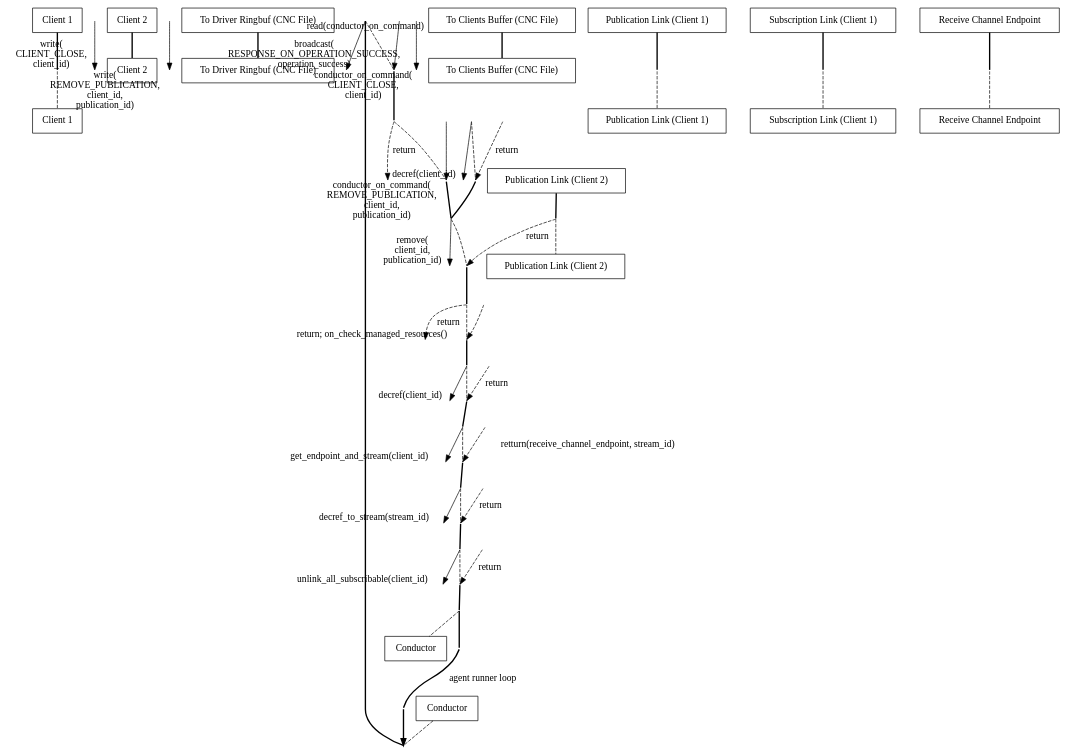
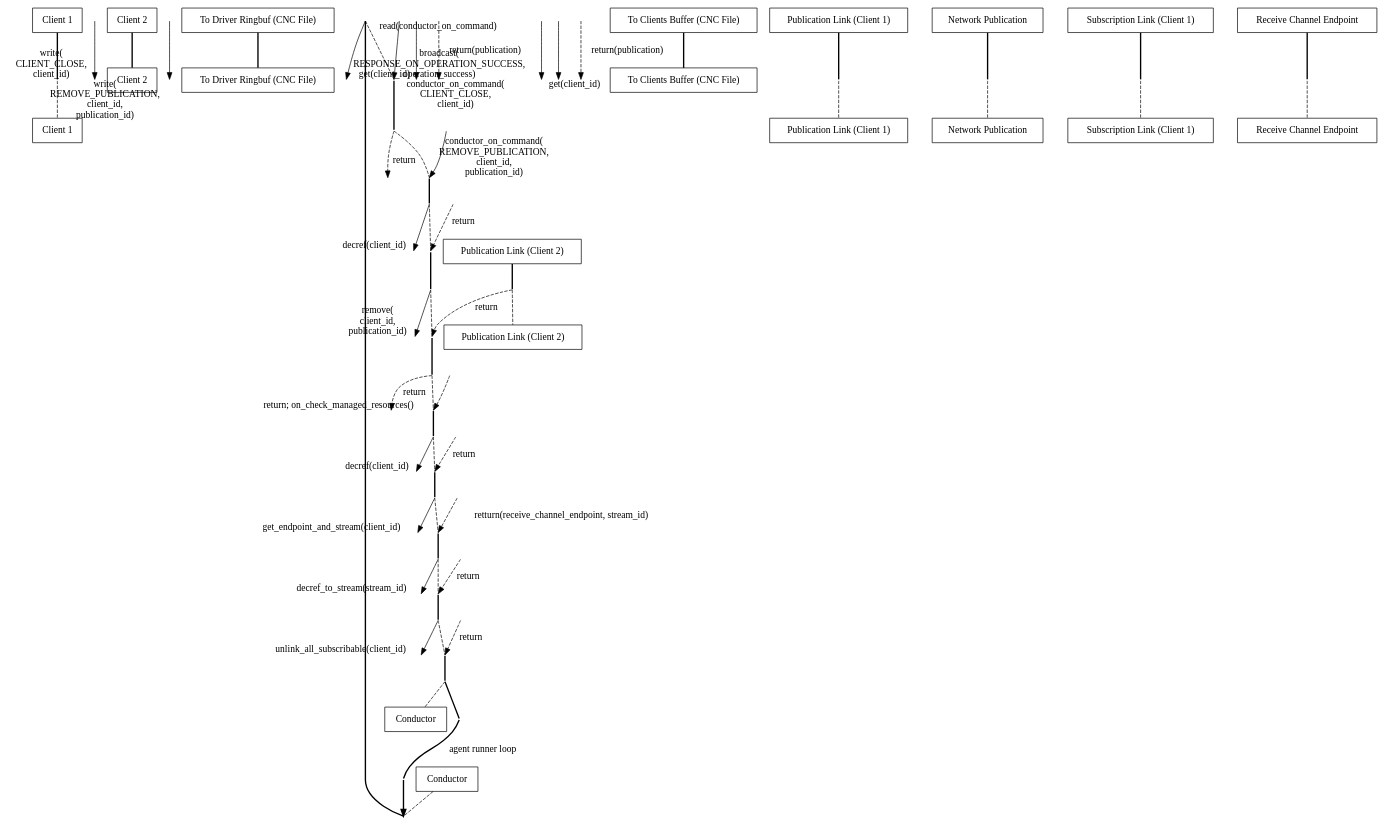
Before and after one commit to khklau/aeron-dpdk-driver: the diagram in doc/remove_publication.dot, drawn with Graphviz.

Commit message:
it's the references to the network publication that are being decremented, not the publication links

```diff
--- a/doc/remove_publication.dot
+++ b/doc/remove_publication.dot
@@ -4,10 +4,10 @@
   client1__head [ label="Client 1" pos="0,0!" shape="record" ];
   client1__write_close [ pos="0,-1!" shape="point" width="0" ]
   client1__destroy [ pos="0,-2!" shape="point" width="0" ]
-  client1__foot [ label="Client 1" pos="0,-27!" shape="record" ];
+  client1__foot [ label="Client 1" pos="0,-31!" shape="record" ];
   client2__head [ label="Client 2" pos="3,0!" shape="record" ];
   client2__write_remove [ pos="3,-2!" shape="point" width="0" ]
-  client2__foot [ label="Client 2" pos="3,-27!" shape="record" ];
+  client2__foot [ label="Client 2" pos="3,-31!" shape="record" ];
   to_driver_ringbuf__head [ label="To Driver Ringbuf (CNC File)" pos="6,0!" shape="record" ];
   on_driver_ringbuf__write_close [ pos="6,-1!" shape="point" width="0" ]
   on_driver_ringbuf__write_remove [ pos="6,-2!" shape="point" width="0" ]
@@ -15,9 +15,9 @@
   to_driver_ringbuf__on_cmd_close [ pos="6,-4!" shape="point" width="0" ]
   to_driver_ringbuf__ret_on_cmd_close [ pos="6,-5!" shape="point" width="0" ]
   to_driver_ringbuf__on_cmd_remove [ pos="6,-6!" shape="point" width="0" ]
-  to_driver_ringbuf__ret_on_cmd_remove [ pos="6,-12!" shape="point" width="0" ]
-  to_driver_ringbuf__ret_read [ pos="6,-13!" shape="point" width="0" ]
-  to_driver_ringbuf__foot [ label="To Driver Ringbuf (CNC File)" pos="6,-27!" shape="record" ];
+  to_driver_ringbuf__ret_on_cmd_remove [ pos="6,-14!" shape="point" width="0" ]
+  to_driver_ringbuf__ret_read [ pos="6,-15!" shape="point" width="0" ]
+  to_driver_ringbuf__foot [ label="To Driver Ringbuf (CNC File)" pos="6,-31!" shape="record" ];
   conductor__head [ label="Conductor" pos="9,0!" shape="record" ];
   conductor__loop_begin [ pos="9,-1!" shape="point" width="0" ];
   conductor__ret_loop_begin [ pos="9.5,-1!" shape="point" width="0" ];
@@ -25,53 +25,65 @@
   conductor__on_cmd_close [ pos="9,-4!" shape="point" width="0" ]
   conductor__ret_on_cmd_close [ pos="9,-5!" shape="point" width="0" ]
   conductor__on_cmd_remove [ pos="9,-6!" shape="point" width="0" ]
-  conductor__decref2 [ pos="9,-7!" shape="point" width="0" ]
-  conductor__ret_decref2 [ pos="9,-8!" shape="point" width="0" ]
-  conductor__remove [ pos="9,-9!" shape="point" width="0" ]
-  conductor__ret_remove [ pos="9,-10!" shape="point" width="0" ]
-  conductor__broadcast [ pos="9,-11!" shape="point" width="0" ]
-  conductor__ret_on_cmd_remove [ pos="9,-12!" shape="point" width="0" ];
-  conductor__ret_read [ pos="9,-13!" shape="point" width="0" ];
-  conductor__decref1 [ pos="9,-14!" shape="point" width="0" ]
-  conductor__ret_decref1 [ pos="9,-15!" shape="point" width="0" ]
-  conductor__get_end [ pos="9,-16!" shape="point" width="0" ]
-  conductor__ret_get_end [ pos="9,-17!" shape="point" width="0" ]
-  conductor__stream_decref [ pos="9,-18!" shape="point" width="0" ]
-  conductor__ret_stream_decref [ pos="9,-19!" shape="point" width="0" ]
-  conductor__unlink [ pos="9,-20!" shape="point" width="0" ]
-  conductor__ret_unlink [ pos="9,-21!" shape="point" width="0" ]
-  conductor__loop_end [ pos="9,-26!" shape="point" width="0" ];
-  conductor__ret_loop_end [ pos="9.5,-26!" shape="point" width="0" ];
-  conductor__foot [ label="Conductor" pos="9,-27!" shape="record" ];
+  conductor__get2 [ pos="9,-7!" shape="point" width="0" ]
+  conductor__ret_get2 [ pos="9,-8!" shape="point" width="0" ]
+  conductor__decref2 [ pos="9,-9!" shape="point" width="0" ]
+  conductor__ret_decref2 [ pos="9,-10!" shape="point" width="0" ]
+  conductor__remove [ pos="9,-11!" shape="point" width="0" ]
+  conductor__ret_remove [ pos="9,-12!" shape="point" width="0" ]
+  conductor__broadcast [ pos="9,-13!" shape="point" width="0" ]
+  conductor__ret_on_cmd_remove [ pos="9,-14!" shape="point" width="0" ];
+  conductor__ret_read [ pos="9,-15!" shape="point" width="0" ];
+  conductor__get1 [ pos="9,-16!" shape="point" width="0" ]
+  conductor__ret_get1 [ pos="9,-17!" shape="point" width="0" ]
+  conductor__decref1 [ pos="9,-18!" shape="point" width="0" ]
+  conductor__ret_decref1 [ pos="9,-19!" shape="point" width="0" ]
+  conductor__get_end [ pos="9,-20!" shape="point" width="0" ]
+  conductor__ret_get_end [ pos="9,-21!" shape="point" width="0" ]
+  conductor__stream_decref [ pos="9,-22!" shape="point" width="0" ]
+  conductor__ret_stream_decref [ pos="9,-23!" shape="point" width="0" ]
+  conductor__unlink [ pos="9,-24!" shape="point" width="0" ]
+  conductor__ret_unlink [ pos="9,-25!" shape="point" width="0" ]
+  conductor__loop_end [ pos="9,-30!" shape="point" width="0" ];
+  conductor__ret_loop_end [ pos="9.5,-30!" shape="point" width="0" ];
+  conductor__foot [ label="Conductor" pos="9,-31!" shape="record" ];
   to_clients_buffer__head [ label="To Clients Buffer (CNC File)" pos="12,0!" shape="record" ];
-  to_clients_buffer__broadcast [ pos="12,-11!" shape="point" width="0" ]
-  to_clients_buffer__foot [ label="To Clients Buffer (CNC File)" pos="12,-27!" shape="record" ];
+  to_clients_buffer__broadcast [ pos="12,-13!" shape="point" width="0" ]
+  to_clients_buffer__foot [ label="To Clients Buffer (CNC File)" pos="12,-31!" shape="record" ];
   publication_link1__head [ label="Publication Link (Client 1)" pos="15,0!" shape="record" ];
-  publication_link1__decref1 [ pos="15,-14!" shape="point" width="0" ]
-  publication_link1__ret_decref1 [ pos="15,-15!" shape="point" width="0" ]
-  publication_link1__remove [ pos="15,-19!" shape="point" width="0" ]
-  publication_link1__ret_remove [ pos="15,-26!" shape="point" width="0" ]
-  publication_link1__foot [ label="Publication Link (Client 1)" pos="15,-27!" shape="record" ];
+  publication_link1__get1 [ pos="15,-16!" shape="point" width="0" ]
+  publication_link1__ret_get1 [ pos="15,-17!" shape="point" width="0" ]
+  publication_link1__remove [ pos="15,-23!" shape="point" width="0" ]
+  publication_link1__ret_remove [ pos="15,-30!" shape="point" width="0" ]
+  publication_link1__foot [ label="Publication Link (Client 1)" pos="15,-31!" shape="record" ];
   publication_link2__head [ label="Publication Link (Client 2)" pos="18,0!" shape="record" ];
-  publication_link2__decref2 [ pos="18,-7!" shape="point" width="0" ]
-  publication_link2__ret_decref2 [ pos="18,-8!" shape="point" width="0" ]
-  publication_link2__remove [ pos="18,-9!" shape="point" width="0" ]
-  publication_link2__ret_remove [ pos="18,-10!" shape="point" width="0" ]
-  publication_link2__foot [ label="Publication Link (Client 2)" pos="18,-27!" shape="record" ];
-  subscription_link__head [ label="Subscription Link (Client 1)" pos="21,0!" shape="record" ];
-  subscription_link__get_end [ pos="21,-16!" shape="point" width="0" ]
-  subscription_link__ret_get_end [ pos="21,-17!" shape="point" width="0" ]
-  subscription_link__unlink [ pos="21,-20!" shape="point" width="0" ]
-  subscription_link__ret_unlink [ pos="21,-21!" shape="point" width="0" ]
-  subscription_link__remove [ pos="21,-25!" shape="point" width="0" ]
-  subscription_link__ret_remove [ pos="21,-26!" shape="point" width="0" ]
-  subscription_link__foot [ label="Subscription Link (Client 1)" pos="21,-27!" shape="record" ];
-  receive_channel_end__head [ label="Receive Channel Endpoint" pos="24,0!" shape="record" ];
-  receive_channel_end__stream_decref [ pos="24,-18!" shape="point" width="0" ]
-  receive_channel_end__ret_stream_decref [ pos="24,-19!" shape="point" width="0" ]
-  receive_channel_end__remove [ pos="24,-25!" shape="point" width="0" ]
-  receive_channel_end__ret_remove [ pos="24,-26!" shape="point" width="0" ]
-  receive_channel_end__foot [ label="Receive Channel Endpoint" pos="24,-27!" shape="record" ];
+  publication_link2__get2 [ pos="18,-7!" shape="point" width="0" ]
+  publication_link2__ret_get2 [ pos="18,-8!" shape="point" width="0" ]
+  publication_link2__remove [ pos="18,-11!" shape="point" width="0" ]
+  publication_link2__ret_remove [ pos="18,-12!" shape="point" width="0" ]
+  publication_link2__foot [ label="Publication Link (Client 2)" pos="18,-31!" shape="record" ];
+  net_publication__head [ label="Network Publication" pos="21,0!" shape="record" ];
+  net_publication__decref2 [ pos="21,-9!" shape="point" width="0" ]
+  net_publication__ret_decref2 [ pos="21,-10!" shape="point" width="0" ]
+  net_publication__decref1 [ pos="21,-18!" shape="point" width="0" ]
+  net_publication__ret_decref1 [ pos="21,-19!" shape="point" width="0" ]
+  net_publication__remove [ pos="21,-23!" shape="point" width="0" ]
+  net_publication__ret_remove [ pos="21,-30!" shape="point" width="0" ]
+  net_publication__foot [ label="Network Publication" pos="21,-31!" shape="record" ];
+  subscription_link__head [ label="Subscription Link (Client 1)" pos="24,0!" shape="record" ];
+  subscription_link__get_end [ pos="24,-20!" shape="point" width="0" ]
+  subscription_link__ret_get_end [ pos="24,-21!" shape="point" width="0" ]
+  subscription_link__unlink [ pos="24,-24!" shape="point" width="0" ]
+  subscription_link__ret_unlink [ pos="24,-25!" shape="point" width="0" ]
+  subscription_link__remove [ pos="24,-29!" shape="point" width="0" ]
+  subscription_link__ret_remove [ pos="24,-30!" shape="point" width="0" ]
+  subscription_link__foot [ label="Subscription Link (Client 1)" pos="24,-31!" shape="record" ];
+  receive_channel_end__head [ label="Receive Channel Endpoint" pos="27,0!" shape="record" ];
+  receive_channel_end__stream_decref [ pos="27,-22!" shape="point" width="0" ]
+  receive_channel_end__ret_stream_decref [ pos="27,-23!" shape="point" width="0" ]
+  receive_channel_end__remove [ pos="27,-29!" shape="point" width="0" ]
+  receive_channel_end__ret_remove [ pos="27,-30!" shape="point" width="0" ]
+  receive_channel_end__foot [ label="Receive Channel Endpoint" pos="27,-31!" shape="record" ];
 
   client1__head -> client1__destroy [ dir="none" style="bold" ]
   client1__destroy -> client1__foot [ dir="none" style="dashed" ]
@@ -82,7 +94,7 @@
   conductor__read -> conductor__on_cmd_close [ dir="none" style="dashed" ]
   conductor__on_cmd_close -> conductor__ret_on_cmd_close [ dir="none" style="bold" ]
   conductor__ret_on_cmd_close -> conductor__on_cmd_remove [ dir="none" style="dashed" ]
-  conductor__on_cmd_remove -> conductor__remove [ dir="none" style="bold" ]
+  conductor__on_cmd_remove -> conductor__decref2 [ dir="none" style="bold" ]
   conductor__decref2 -> conductor__ret_decref2 [ dir="none" style="dashed" ]
   conductor__ret_decref2 -> conductor__remove [ dir="none" style="bold" ]
   conductor__remove -> conductor__ret_remove [ dir="none" style="dashed" ]
@@ -103,6 +115,8 @@
   publication_link1__ret_remove -> publication_link1__foot [ dir="none" style="dashed" ]
   publication_link2__head -> publication_link2__ret_remove [ dir="none" style="bold" ]
   publication_link2__ret_remove -> publication_link2__foot [ dir="none" style="dashed" ]
+  net_publication__head -> net_publication__ret_remove [ dir="none" style="bold" ]
+  net_publication__ret_remove -> net_publication__foot [ dir="none" style="dashed" ]
   subscription_link__head -> subscription_link__ret_remove [ dir="none" style="bold" ]
   subscription_link__ret_remove -> subscription_link__foot [ dir="none" style="dashed" ]
   receive_channel_end__head -> receive_channel_end__ret_remove [ dir="none" style="bold" ]
@@ -114,15 +128,19 @@
   to_driver_ringbuf__on_cmd_close -> conductor__on_cmd_close [ headlabel="conductor_on_command( \n CLIENT_CLOSE, \n client_id)" style="solid" ]
   conductor__ret_on_cmd_close -> to_driver_ringbuf__ret_on_cmd_close [ label="return" style="dashed" ]
   to_driver_ringbuf__on_cmd_remove -> conductor__on_cmd_remove [ headlabel="conductor_on_command( \n REMOVE_PUBLICATION, \n client_id, \n publication_id)" style="solid" ]
-  conductor__decref2 -> publication_link2__decref2 [ headlabel="decref(client_id)" style="solid" ]
-  publication_link2__ret_decref2 -> conductor__ret_decref2 [ label="return" style="dashed" ]
+  conductor__get2 -> publication_link2__get2 [ headlabel="get(client_id)" style="solid" ]
+  publication_link2__ret_get2 -> conductor__ret_get2 [ label="return(publication)" style="dashed" ]
+  conductor__decref2 -> net_publication__decref2 [ headlabel="decref(client_id)" style="solid" ]
+  net_publication__ret_decref2 -> conductor__ret_decref2 [ label="return" style="dashed" ]
   conductor__remove -> publication_link2__remove [ headlabel="remove( \n client_id, \n publication_id)" style="solid" ]
   publication_link2__ret_remove -> conductor__ret_remove [ label="return" style="dashed" ]
   conductor__broadcast -> to_clients_buffer__broadcast [ headlabel="broadcast( \n RESPONSE_ON_OPERATION_SUCCESS, \n operation_success)" style="solid" ]
   conductor__ret_on_cmd_remove -> to_driver_ringbuf__ret_on_cmd_remove [ label="return" style="dashed" ]
   to_driver_ringbuf__ret_read -> conductor__ret_read [ headlabel="return; on_check_managed_resources()" style="dashed" ]
-  conductor__decref1 -> publication_link1__decref1 [ headlabel="decref(client_id)" style="solid" ]
-  publication_link1__ret_decref1 -> conductor__ret_decref1  [ label="return" style="dashed" ]
+  conductor__get1 -> publication_link1__get1 [ headlabel="get(client_id)" style="solid" ]
+  publication_link1__ret_get1 -> conductor__ret_get1  [ label="return(publication)" style="dashed" ]
+  conductor__decref1 -> net_publication__decref1 [ headlabel="decref(client_id)" style="solid" ]
+  net_publication__ret_decref1 -> conductor__ret_decref1  [ label="return" style="dashed" ]
   conductor__get_end -> subscription_link__get_end [ headlabel="get_endpoint_and_stream(client_id)" style="solid" ]
   subscription_link__ret_get_end -> conductor__ret_get_end [ label="retturn(receive_channel_endpoint, stream_id)" style="dashed" ]
   conductor__stream_decref -> receive_channel_end__stream_decref [ headlabel="decref_to_stream(stream_id)" style="solid" ]
```
